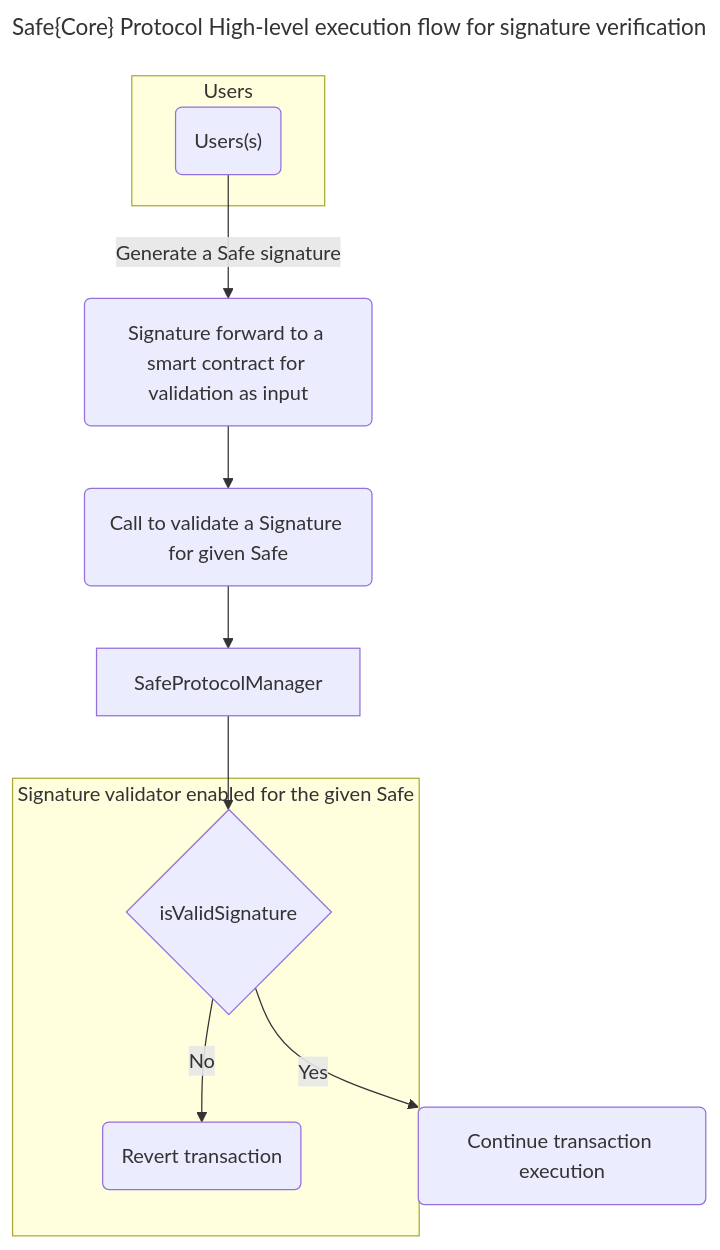
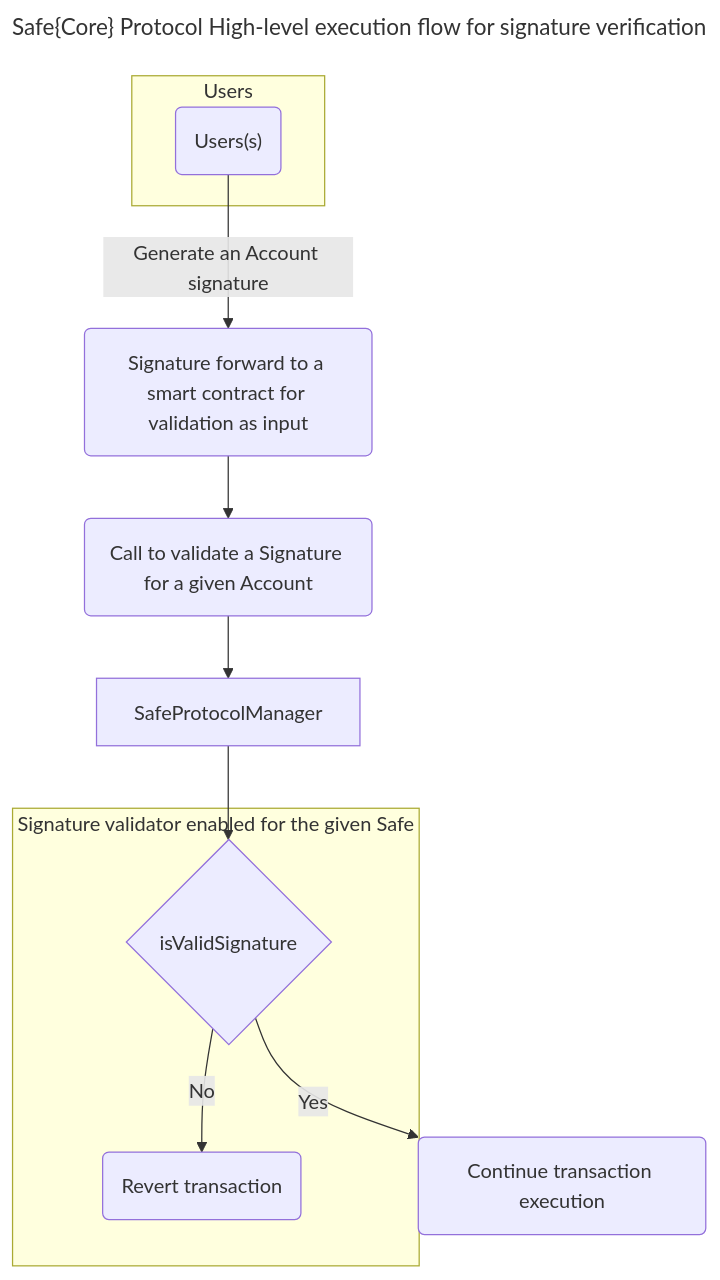
One commit to 5afe/safe-core-protocol changed the fifth of 5 diagrams in docs/execution_flows.md. Above: the diagram before and after it, drawn with Mermaid. The commit also changed other lines of this file and 14 other files, not shown here.

First line of the commit message:
Feat: remove references to a Safe{Core} Protocol account as Safe (#100)

````diff
--- a/docs/execution_flows.md
+++ b/docs/execution_flows.md
@@ -97,25 +97,25 @@
 ```mermaid
 ---
 title: Safe{Core} Protocol High-level execution flow for signature verification
 ---
 flowchart TD;
    Sign_Transaction(Signature forward to a smart contract for validation as input)
 
 subgraph Users
    User(User)
 end
 
 subgraph SignatureValidator [Signature validator enabled for the given Safe]
    isValidSignature(isValidSignature)
    isValidSignature --> |No| E(Revert transaction)
 end
 
 Sign_Transaction --> RequestToValidate
-RequestToValidate(Call to validate a Signature for given Safe) --> SafeProtocolManager
+RequestToValidate(Call to validate a Signature for a given Account) --> SafeProtocolManager
 
 SafeProtocolManager --> isValidSignature{isValidSignature}
 
 isValidSignature --> |Yes| ExecuteTx(Continue transaction execution)
 
-User("`Users(s)`") --> |Generate a Safe signature| Sign_Transaction
+User("`Users(s)`") --> |Generate an Account signature| Sign_Transaction
 ```
````
